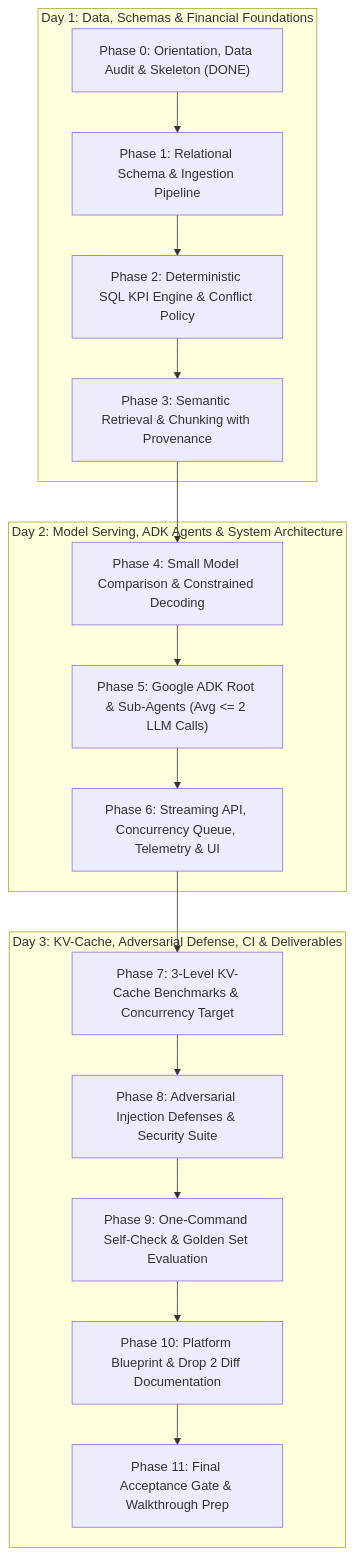
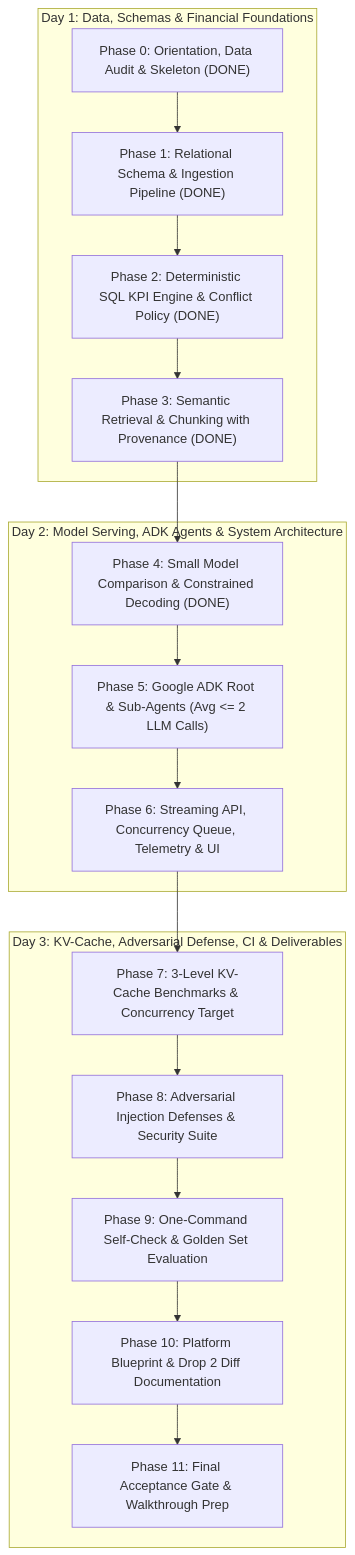
Before and after one commit to sakshirai14/CFO-Copilot: the diagram in docs/PLAN.md, drawn with Mermaid. The commit also changed other lines of this file and 9 other files, not shown here.

Commit message:
feat: model comparison

````diff
--- a/docs/PLAN.md
+++ b/docs/PLAN.md
@@ -11,26 +11,26 @@
 ```mermaid
 flowchart TD
     subgraph Day1 ["Day 1: Data, Schemas & Financial Foundations"]
         P0["Phase 0: Orientation, Data Audit & Skeleton (DONE)"]
-        P1["Phase 1: Relational Schema & Ingestion Pipeline"]
-        P2["Phase 2: Deterministic SQL KPI Engine & Conflict Policy"]
-        P3["Phase 3: Semantic Retrieval & Chunking with Provenance"]
+        P1["Phase 1: Relational Schema & Ingestion Pipeline (DONE)"]
+        P2["Phase 2: Deterministic SQL KPI Engine & Conflict Policy (DONE)"]
+        P3["Phase 3: Semantic Retrieval & Chunking with Provenance (DONE)"]
         P0 --> P1 --> P2 --> P3
     end
 
     subgraph Day2 ["Day 2: Model Serving, ADK Agents & System Architecture"]
-        P4["Phase 4: Small Model Comparison & Constrained Decoding"]
+        P4["Phase 4: Small Model Comparison & Constrained Decoding (DONE)"]
         P5["Phase 5: Google ADK Root & Sub-Agents (Avg <= 2 LLM Calls)"]
         P6["Phase 6: Streaming API, Concurrency Queue, Telemetry & UI"]
         P3 --> P4 --> P5 --> P6
     end
 
     subgraph Day3 ["Day 3: KV-Cache, Adversarial Defense, CI & Deliverables"]
         P7["Phase 7: 3-Level KV-Cache Benchmarks & Concurrency Target"]
         P8["Phase 8: Adversarial Injection Defenses & Security Suite"]
         P9["Phase 9: One-Command Self-Check & Golden Set Evaluation"]
         P10["Phase 10: Platform Blueprint & Drop 2 Diff Documentation"]
         P11["Phase 11: Final Acceptance Gate & Walkthrough Prep"]
         P6 --> P7 --> P8 --> P9 --> P10 --> P11
     end
 ```
````
